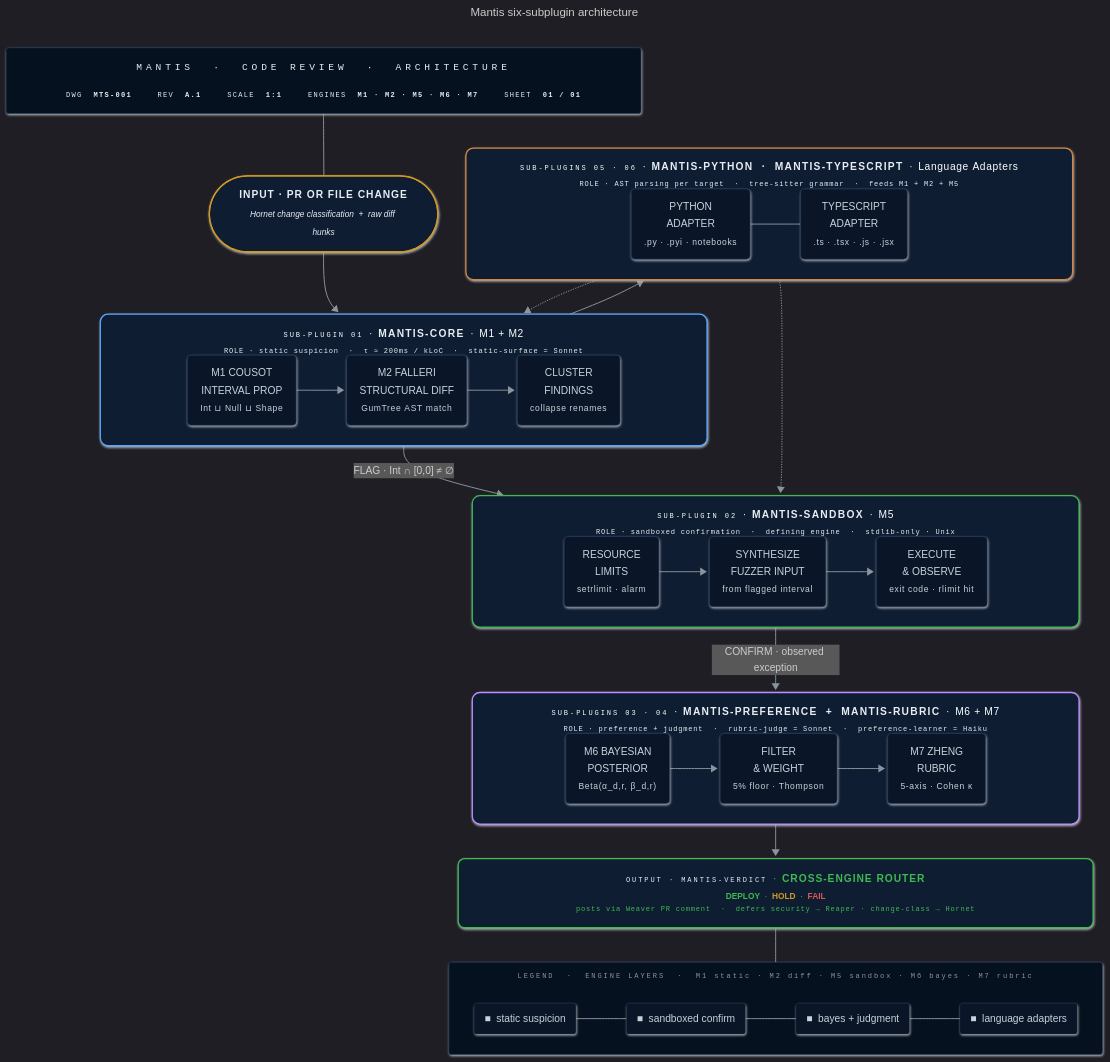
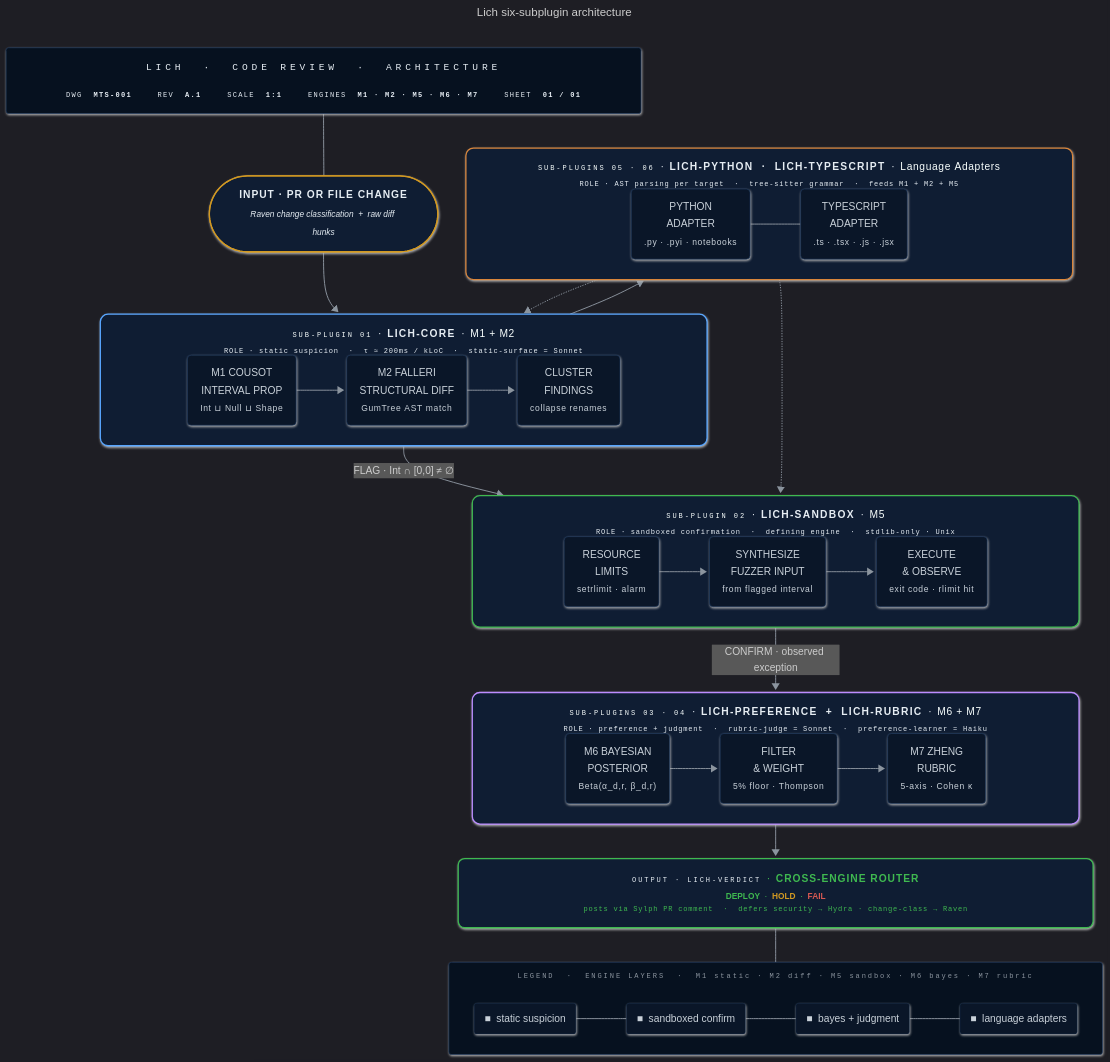
Before and after one commit to enchanted-plugins/lich: the diagram in docs/assets/pipeline.mmd, drawn with Mermaid. The commit also changed 165 other files, not shown here.

First line of the commit message:
rename: Mantis → Lich, standardize origin format

```diff
--- a/docs/assets/pipeline.mmd
+++ b/docs/assets/pipeline.mmd
@@ -1,5 +1,5 @@
 ---
-title: Mantis six-subplugin architecture
+title: Lich six-subplugin architecture
 config:
   look: neo
   theme: dark
@@ -14,31 +14,31 @@
       bottom: 18
 ---
 flowchart TB
-    TitleBlock["<div style='font-family:ui-monospace,SFMono-Regular,Consolas,monospace;text-align:center;min-width:940px;padding:6px 10px;line-height:1.8'><div style='color:#58a6ff;font-size:15px;letter-spacing:6px;border-bottom:1px solid #1e3a5f;padding-bottom:10px;margin-bottom:10px'>MANTIS &nbsp;·&nbsp; CODE&nbsp;REVIEW &nbsp;·&nbsp; ARCHITECTURE</div><div style='display:flex;gap:40px;justify-content:center;font-size:11px;color:#8b949e;letter-spacing:2px'><span>DWG&nbsp;&nbsp;<b style='color:#e6edf3'>MTS-001</b></span><span>REV&nbsp;&nbsp;<b style='color:#e6edf3'>A.1</b></span><span>SCALE&nbsp;&nbsp;<b style='color:#e6edf3'>1:1</b></span><span>ENGINES&nbsp;&nbsp;<b style='color:#e6edf3'>M1&nbsp;·&nbsp;M2&nbsp;·&nbsp;M5&nbsp;·&nbsp;M6&nbsp;·&nbsp;M7</b></span><span>SHEET&nbsp;&nbsp;<b style='color:#e6edf3'>01&nbsp;/&nbsp;01</b></span></div></div>"]
+    TitleBlock["<div style='font-family:ui-monospace,SFMono-Regular,Consolas,monospace;text-align:center;min-width:940px;padding:6px 10px;line-height:1.8'><div style='color:#58a6ff;font-size:15px;letter-spacing:6px;border-bottom:1px solid #1e3a5f;padding-bottom:10px;margin-bottom:10px'>LICH &nbsp;·&nbsp; CODE&nbsp;REVIEW &nbsp;·&nbsp; ARCHITECTURE</div><div style='display:flex;gap:40px;justify-content:center;font-size:11px;color:#8b949e;letter-spacing:2px'><span>DWG&nbsp;&nbsp;<b style='color:#e6edf3'>MTS-001</b></span><span>REV&nbsp;&nbsp;<b style='color:#e6edf3'>A.1</b></span><span>SCALE&nbsp;&nbsp;<b style='color:#e6edf3'>1:1</b></span><span>ENGINES&nbsp;&nbsp;<b style='color:#e6edf3'>M1&nbsp;·&nbsp;M2&nbsp;·&nbsp;M5&nbsp;·&nbsp;M6&nbsp;·&nbsp;M7</b></span><span>SHEET&nbsp;&nbsp;<b style='color:#e6edf3'>01&nbsp;/&nbsp;01</b></span></div></div>"]
 
-    Input(["<div style='text-align:center;line-height:1.8;padding:4px 12px'><b style='letter-spacing:1.5px'>INPUT&nbsp;·&nbsp;PR&nbsp;OR&nbsp;FILE&nbsp;CHANGE</b><br/><em style='color:#8b949e;font-size:13px;font-weight:400'>Hornet change classification &nbsp;+&nbsp; raw diff hunks</em></div>"])
+    Input(["<div style='text-align:center;line-height:1.8;padding:4px 12px'><b style='letter-spacing:1.5px'>INPUT&nbsp;·&nbsp;PR&nbsp;OR&nbsp;FILE&nbsp;CHANGE</b><br/><em style='color:#8b949e;font-size:13px;font-weight:400'>Raven change classification &nbsp;+&nbsp; raw diff hunks</em></div>"])
 
-    subgraph Core["<div style='text-align:center;min-width:940px;line-height:2'><div><span style='font-family:ui-monospace,monospace;color:#8b949e;font-size:11px;letter-spacing:3px'>SUB-PLUGIN&nbsp;01</span>&nbsp;&nbsp;·&nbsp;&nbsp;<b style='letter-spacing:2px'>MANTIS-CORE</b>&nbsp;&nbsp;·&nbsp;&nbsp;<span style='color:#58a6ff;letter-spacing:1px'>M1&nbsp;+&nbsp;M2</span></div><div style='color:#6e7681;font-size:11px;font-family:ui-monospace,monospace;letter-spacing:1.2px'>ROLE&nbsp;·&nbsp;static&nbsp;suspicion&nbsp;&nbsp;·&nbsp;&nbsp;τ&nbsp;≈&nbsp;200ms&nbsp;/&nbsp;kLoC&nbsp;&nbsp;·&nbsp;&nbsp;static-surface&nbsp;=&nbsp;Sonnet</div></div>"]
+    subgraph Core["<div style='text-align:center;min-width:940px;line-height:2'><div><span style='font-family:ui-monospace,monospace;color:#8b949e;font-size:11px;letter-spacing:3px'>SUB-PLUGIN&nbsp;01</span>&nbsp;&nbsp;·&nbsp;&nbsp;<b style='letter-spacing:2px'>LICH-CORE</b>&nbsp;&nbsp;·&nbsp;&nbsp;<span style='color:#58a6ff;letter-spacing:1px'>M1&nbsp;+&nbsp;M2</span></div><div style='color:#6e7681;font-size:11px;font-family:ui-monospace,monospace;letter-spacing:1.2px'>ROLE&nbsp;·&nbsp;static&nbsp;suspicion&nbsp;&nbsp;·&nbsp;&nbsp;τ&nbsp;≈&nbsp;200ms&nbsp;/&nbsp;kLoC&nbsp;&nbsp;·&nbsp;&nbsp;static-surface&nbsp;=&nbsp;Sonnet</div></div>"]
         direction LR
         interval["<div style='text-align:center;line-height:1.7;padding:2px 4px'>M1&nbsp;COUSOT<br/>INTERVAL&nbsp;PROP<br/><small style='color:#6e7681;letter-spacing:1px'>Int&nbsp;⊔&nbsp;Null&nbsp;⊔&nbsp;Shape</small></div>"] --> diff["<div style='text-align:center;line-height:1.7;padding:2px 4px'>M2&nbsp;FALLERI<br/>STRUCTURAL&nbsp;DIFF<br/><small style='color:#6e7681;letter-spacing:1px'>GumTree&nbsp;AST&nbsp;match</small></div>"] --> cluster["<div style='text-align:center;line-height:1.7;padding:2px 4px'>CLUSTER<br/>FINDINGS<br/><small style='color:#6e7681;letter-spacing:1px'>collapse&nbsp;renames</small></div>"]
     end
 
-    subgraph Sandbox["<div style='text-align:center;min-width:940px;line-height:2'><div><span style='font-family:ui-monospace,monospace;color:#8b949e;font-size:11px;letter-spacing:3px'>SUB-PLUGIN&nbsp;02</span>&nbsp;&nbsp;·&nbsp;&nbsp;<b style='letter-spacing:2px'>MANTIS-SANDBOX</b>&nbsp;&nbsp;·&nbsp;&nbsp;<span style='color:#3fb950;letter-spacing:1px'>M5</span></div><div style='color:#6e7681;font-size:11px;font-family:ui-monospace,monospace;letter-spacing:1.2px'>ROLE&nbsp;·&nbsp;sandboxed&nbsp;confirmation&nbsp;&nbsp;·&nbsp;&nbsp;defining&nbsp;engine&nbsp;&nbsp;·&nbsp;&nbsp;stdlib-only&nbsp;·&nbsp;Unix</div></div>"]
+    subgraph Sandbox["<div style='text-align:center;min-width:940px;line-height:2'><div><span style='font-family:ui-monospace,monospace;color:#8b949e;font-size:11px;letter-spacing:3px'>SUB-PLUGIN&nbsp;02</span>&nbsp;&nbsp;·&nbsp;&nbsp;<b style='letter-spacing:2px'>LICH-SANDBOX</b>&nbsp;&nbsp;·&nbsp;&nbsp;<span style='color:#3fb950;letter-spacing:1px'>M5</span></div><div style='color:#6e7681;font-size:11px;font-family:ui-monospace,monospace;letter-spacing:1.2px'>ROLE&nbsp;·&nbsp;sandboxed&nbsp;confirmation&nbsp;&nbsp;·&nbsp;&nbsp;defining&nbsp;engine&nbsp;&nbsp;·&nbsp;&nbsp;stdlib-only&nbsp;·&nbsp;Unix</div></div>"]
         direction LR
         rlimit["<div style='text-align:center;line-height:1.7;padding:2px 4px'>RESOURCE<br/>LIMITS<br/><small style='color:#6e7681;letter-spacing:1px'>setrlimit&nbsp;·&nbsp;alarm</small></div>"] --> fuzz["<div style='text-align:center;line-height:1.7;padding:2px 4px'>SYNTHESIZE<br/>FUZZER&nbsp;INPUT<br/><small style='color:#6e7681;letter-spacing:1px'>from&nbsp;flagged&nbsp;interval</small></div>"] --> exec["<div style='text-align:center;line-height:1.7;padding:2px 4px'>EXECUTE<br/>&amp;&nbsp;OBSERVE<br/><small style='color:#6e7681;letter-spacing:1px'>exit&nbsp;code&nbsp;·&nbsp;rlimit&nbsp;hit</small></div>"]
     end
 
-    subgraph Bayes["<div style='text-align:center;min-width:940px;line-height:2'><div><span style='font-family:ui-monospace,monospace;color:#8b949e;font-size:11px;letter-spacing:3px'>SUB-PLUGINS&nbsp;03&nbsp;·&nbsp;04</span>&nbsp;&nbsp;·&nbsp;&nbsp;<b style='letter-spacing:2px'>MANTIS-PREFERENCE&nbsp;&nbsp;+&nbsp;&nbsp;MANTIS-RUBRIC</b>&nbsp;&nbsp;·&nbsp;&nbsp;<span style='color:#bc8cff;letter-spacing:1px'>M6&nbsp;+&nbsp;M7</span></div><div style='color:#6e7681;font-size:11px;font-family:ui-monospace,monospace;letter-spacing:1.2px'>ROLE&nbsp;·&nbsp;preference&nbsp;+&nbsp;judgment&nbsp;&nbsp;·&nbsp;&nbsp;rubric-judge&nbsp;=&nbsp;Sonnet&nbsp;&nbsp;·&nbsp;&nbsp;preference-learner&nbsp;=&nbsp;Haiku</div></div>"]
+    subgraph Bayes["<div style='text-align:center;min-width:940px;line-height:2'><div><span style='font-family:ui-monospace,monospace;color:#8b949e;font-size:11px;letter-spacing:3px'>SUB-PLUGINS&nbsp;03&nbsp;·&nbsp;04</span>&nbsp;&nbsp;·&nbsp;&nbsp;<b style='letter-spacing:2px'>LICH-PREFERENCE&nbsp;&nbsp;+&nbsp;&nbsp;LICH-RUBRIC</b>&nbsp;&nbsp;·&nbsp;&nbsp;<span style='color:#bc8cff;letter-spacing:1px'>M6&nbsp;+&nbsp;M7</span></div><div style='color:#6e7681;font-size:11px;font-family:ui-monospace,monospace;letter-spacing:1.2px'>ROLE&nbsp;·&nbsp;preference&nbsp;+&nbsp;judgment&nbsp;&nbsp;·&nbsp;&nbsp;rubric-judge&nbsp;=&nbsp;Sonnet&nbsp;&nbsp;·&nbsp;&nbsp;preference-learner&nbsp;=&nbsp;Haiku</div></div>"]
         direction LR
         posterior["<div style='text-align:center;line-height:1.7;padding:2px 4px'>M6&nbsp;BAYESIAN<br/>POSTERIOR<br/><small style='color:#6e7681;letter-spacing:1px'>Beta(α_d,r,&nbsp;β_d,r)</small></div>"] --> filter["<div style='text-align:center;line-height:1.7;padding:2px 4px'>FILTER<br/>&amp;&nbsp;WEIGHT<br/><small style='color:#6e7681;letter-spacing:1px'>5%&nbsp;floor&nbsp;·&nbsp;Thompson</small></div>"] --> rubric["<div style='text-align:center;line-height:1.7;padding:2px 4px'>M7&nbsp;ZHENG<br/>RUBRIC<br/><small style='color:#6e7681;letter-spacing:1px'>5-axis&nbsp;·&nbsp;Cohen&nbsp;κ</small></div>"]
     end
 
-    subgraph Adapt["<div style='text-align:center;min-width:940px;line-height:2'><div><span style='font-family:ui-monospace,monospace;color:#8b949e;font-size:11px;letter-spacing:3px'>SUB-PLUGINS&nbsp;05&nbsp;·&nbsp;06</span>&nbsp;&nbsp;·&nbsp;&nbsp;<b style='letter-spacing:2px'>MANTIS-PYTHON&nbsp;&nbsp;·&nbsp;&nbsp;MANTIS-TYPESCRIPT</b>&nbsp;&nbsp;·&nbsp;&nbsp;<span style='color:#d8853b;letter-spacing:1px'>Language&nbsp;Adapters</span></div><div style='color:#6e7681;font-size:11px;font-family:ui-monospace,monospace;letter-spacing:1.2px'>ROLE&nbsp;·&nbsp;AST&nbsp;parsing&nbsp;per&nbsp;target&nbsp;&nbsp;·&nbsp;&nbsp;tree-sitter&nbsp;grammar&nbsp;&nbsp;·&nbsp;&nbsp;feeds&nbsp;M1&nbsp;+&nbsp;M2&nbsp;+&nbsp;M5</div></div>"]
+    subgraph Adapt["<div style='text-align:center;min-width:940px;line-height:2'><div><span style='font-family:ui-monospace,monospace;color:#8b949e;font-size:11px;letter-spacing:3px'>SUB-PLUGINS&nbsp;05&nbsp;·&nbsp;06</span>&nbsp;&nbsp;·&nbsp;&nbsp;<b style='letter-spacing:2px'>LICH-PYTHON&nbsp;&nbsp;·&nbsp;&nbsp;LICH-TYPESCRIPT</b>&nbsp;&nbsp;·&nbsp;&nbsp;<span style='color:#d8853b;letter-spacing:1px'>Language&nbsp;Adapters</span></div><div style='color:#6e7681;font-size:11px;font-family:ui-monospace,monospace;letter-spacing:1.2px'>ROLE&nbsp;·&nbsp;AST&nbsp;parsing&nbsp;per&nbsp;target&nbsp;&nbsp;·&nbsp;&nbsp;tree-sitter&nbsp;grammar&nbsp;&nbsp;·&nbsp;&nbsp;feeds&nbsp;M1&nbsp;+&nbsp;M2&nbsp;+&nbsp;M5</div></div>"]
         direction LR
         py["<div style='text-align:center;line-height:1.7;padding:2px 4px'>PYTHON<br/>ADAPTER<br/><small style='color:#6e7681;letter-spacing:1px'>.py&nbsp;·&nbsp;.pyi&nbsp;·&nbsp;notebooks</small></div>"] --- ts["<div style='text-align:center;line-height:1.7;padding:2px 4px'>TYPESCRIPT<br/>ADAPTER<br/><small style='color:#6e7681;letter-spacing:1px'>.ts&nbsp;·&nbsp;.tsx&nbsp;·&nbsp;.js&nbsp;·&nbsp;.jsx</small></div>"]
     end
 
-    Verdict["<div style='text-align:center;min-width:940px;line-height:1.8;padding:6px 10px'><div><span style='font-family:ui-monospace,monospace;color:#8b949e;font-size:11px;letter-spacing:3px'>OUTPUT&nbsp;·&nbsp;MANTIS-VERDICT</span>&nbsp;&nbsp;·&nbsp;&nbsp;<b style='letter-spacing:1.5px'>CROSS-ENGINE&nbsp;ROUTER</b></div><div style='color:#8b949e;font-size:13px'><b style='color:#3fb950'>DEPLOY</b>&nbsp;&nbsp;·&nbsp;&nbsp;<b style='color:#d29922'>HOLD</b>&nbsp;&nbsp;·&nbsp;&nbsp;<b style='color:#d75952'>FAIL</b></div><div style='color:#6e7681;font-size:11px;font-family:ui-monospace,monospace;letter-spacing:1.2px'>posts&nbsp;via&nbsp;Weaver&nbsp;PR&nbsp;comment&nbsp;&nbsp;·&nbsp;&nbsp;defers&nbsp;security&nbsp;→&nbsp;Reaper&nbsp;·&nbsp;change-class&nbsp;→&nbsp;Hornet</div></div>"]
+    Verdict["<div style='text-align:center;min-width:940px;line-height:1.8;padding:6px 10px'><div><span style='font-family:ui-monospace,monospace;color:#8b949e;font-size:11px;letter-spacing:3px'>OUTPUT&nbsp;·&nbsp;LICH-VERDICT</span>&nbsp;&nbsp;·&nbsp;&nbsp;<b style='letter-spacing:1.5px'>CROSS-ENGINE&nbsp;ROUTER</b></div><div style='color:#8b949e;font-size:13px'><b style='color:#3fb950'>DEPLOY</b>&nbsp;&nbsp;·&nbsp;&nbsp;<b style='color:#d29922'>HOLD</b>&nbsp;&nbsp;·&nbsp;&nbsp;<b style='color:#d75952'>FAIL</b></div><div style='color:#6e7681;font-size:11px;font-family:ui-monospace,monospace;letter-spacing:1.2px'>posts&nbsp;via&nbsp;Sylph&nbsp;PR&nbsp;comment&nbsp;&nbsp;·&nbsp;&nbsp;defers&nbsp;security&nbsp;→&nbsp;Hydra&nbsp;·&nbsp;change-class&nbsp;→&nbsp;Raven</div></div>"]
 
     subgraph Legend["<div style='font-family:ui-monospace,monospace;color:#8b949e;font-size:11px;letter-spacing:3px;min-width:940px;text-align:center'>LEGEND&nbsp;&nbsp;·&nbsp;&nbsp;ENGINE&nbsp;LAYERS&nbsp;&nbsp;·&nbsp;&nbsp;M1&nbsp;static&nbsp;·&nbsp;M2&nbsp;diff&nbsp;·&nbsp;M5&nbsp;sandbox&nbsp;·&nbsp;M6&nbsp;bayes&nbsp;·&nbsp;M7&nbsp;rubric</div>"]
         direction LR
```
